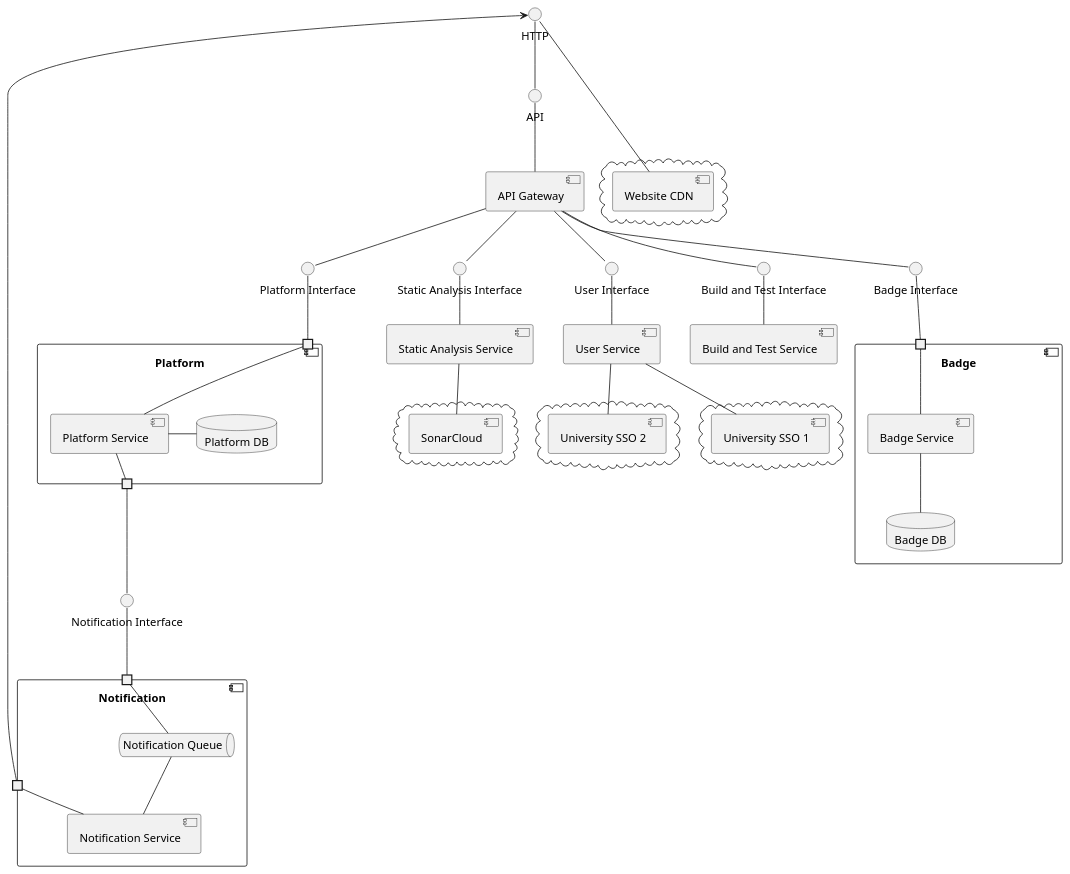
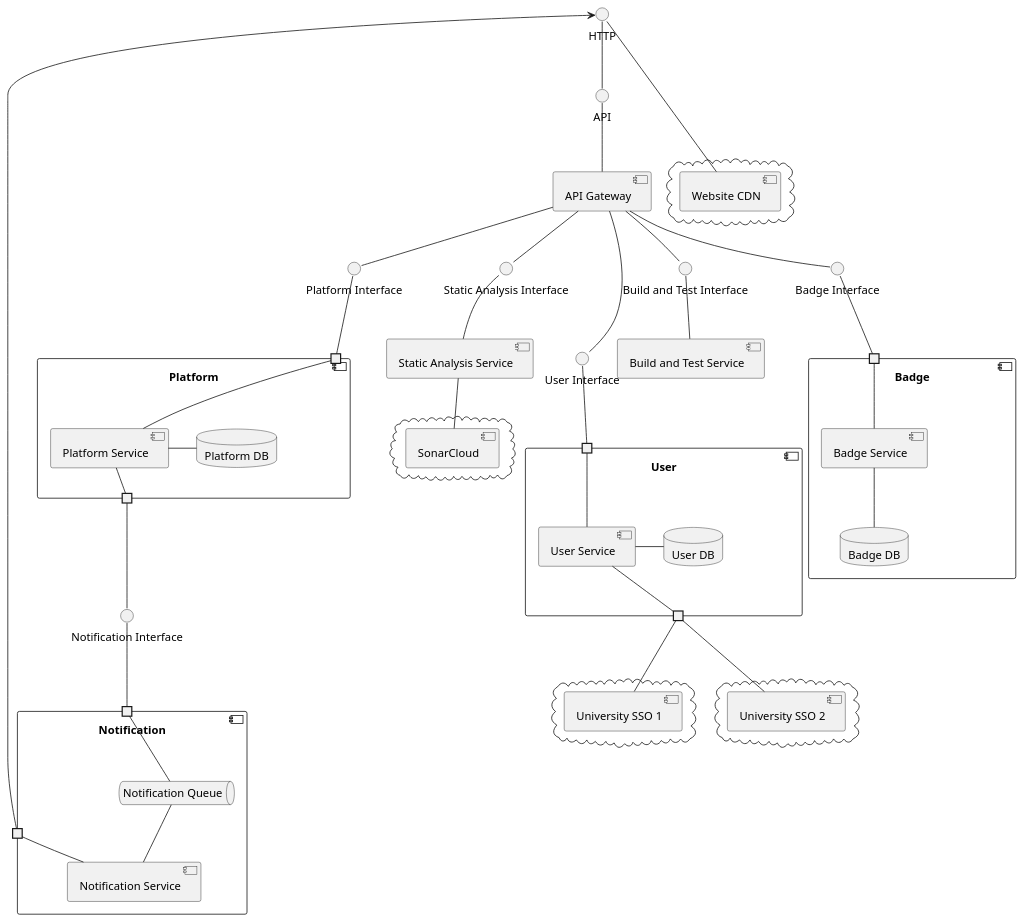
One commit to Furrrlo/CodeKataBattle changed the diagram in dd/puml/component-view.puml. Above: the diagram before and after it, drawn with PlantUML. The commit also changed 3 other files, not shown here.

```diff
--- a/dd/puml/component-view.puml
+++ b/dd/puml/component-view.puml
@@ -1,98 +1,106 @@
 @startuml Component View
 
 interface HTTP
 
 interface "User Interface" as IUser
 
 component "API Gateway"
 interface "API" as IGateway
 
 interface "User Interface" as IUser
-component "User Service"
+component User {
+    portin "<U+00A0>" as UserPortIn
+    portout "<U+00A0>" as UserPortOut
+    component "User Service"
+    database "User DB"
+}
 
 cloud {
   component "University SSO 1"
 }
 
 cloud {
   component "University SSO 2"
 }
 
 cloud {
     component "Website CDN"
 }
 
 interface "Platform Interface" as IPlatform
 component Platform {
     portin "<U+00A0>" as PlatformPortIn
     portout "<U+00A0>" as PlatformPortOut
     component "Platform Service"
     database "Platform DB"
 }
 
 interface "Notification Interface" as INotification
 component Notification {
     portin "<U+00A0>" as NotificationPortIn
     portout "<U+00A0>" as NotificationPortOut
     queue "Notification Queue"
     component "Notification Service"
 }
 
 interface "Badge Interface" as IBadge
 component Badge {
     portin "<U+00A0>" as BadgePort
     component "Badge Service"
     database "Badge DB"
 }
 
 interface "Build and Test Interface" as IBuild
 component "Build and Test Service"
 
 interface "Static Analysis Interface" as ISat
 component "Static Analysis Service"
 cloud {
   component SonarCloud
 }
 
 HTTP -- IGateway
 IGateway -- [API Gateway]
 HTTP --- [Website CDN]
 
-[API Gateway] -- IUser
-IUser -- [User Service]
-[User Service] -- [University SSO 1]
-[User Service] -- [University SSO 2]
+[API Gateway] --- IUser
+IUser -- UserPortIn
+UserPortIn -- [User Service]
+[User Service] - UserPortOut
+[User Service] - [User DB]
+UserPortOut -- [University SSO 1]
+UserPortOut -- [University SSO 2]
 
 [API Gateway] -- IPlatform
 IPlatform -- PlatformPortIn
 PlatformPortIn - [Platform Service]
 [Platform Service] - PlatformPortOut
 [Platform Service] - [Platform DB]
 
 [API Gateway] -- ISat
 ISat -- [Static Analysis Service]
 [Static Analysis Service] -- [SonarCloud]
 
 [API Gateway] -- IBuild
 IBuild -- [Build and Test Service]
 
 [API Gateway] -- IBadge
 IBadge -- BadgePort
 BadgePort - [Badge Service]
 [Badge Service] -- [Badge DB]
 
 NotificationPortIn - [Notification Queue]
 [Notification Queue] -- [Notification Service]
 [Notification Service] - NotificationPortOut
 HTTP <- NotificationPortOut
 
 PlatformPortOut -- INotification
 INotification -- NotificationPortIn
 
 ' Hidden links to distribute stuff better
 IPlatform -r[hidden]-- ISat : \t\t\t\t\t
 ISat -r[hidden]-- IUser : \t\t\t\t\t
-IUser -r[hidden]-- IBuild : \t\t\t\t\t
+' IUser -r[hidden]-- IBuild : \t\t\t\t\t
 IBuild -r[hidden]-- IBadge : \t\t\t\t\t
 
 @enduml
```
